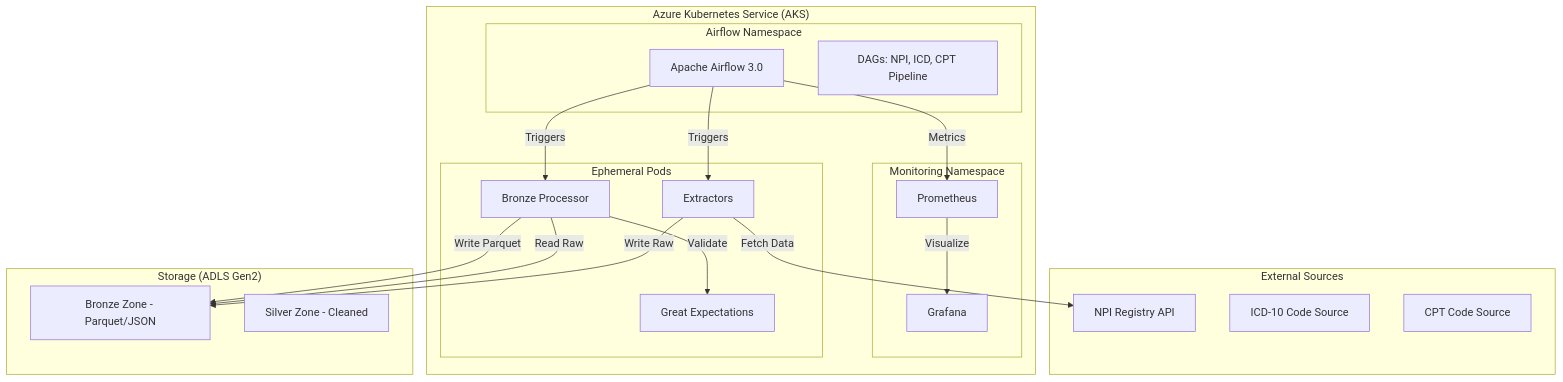
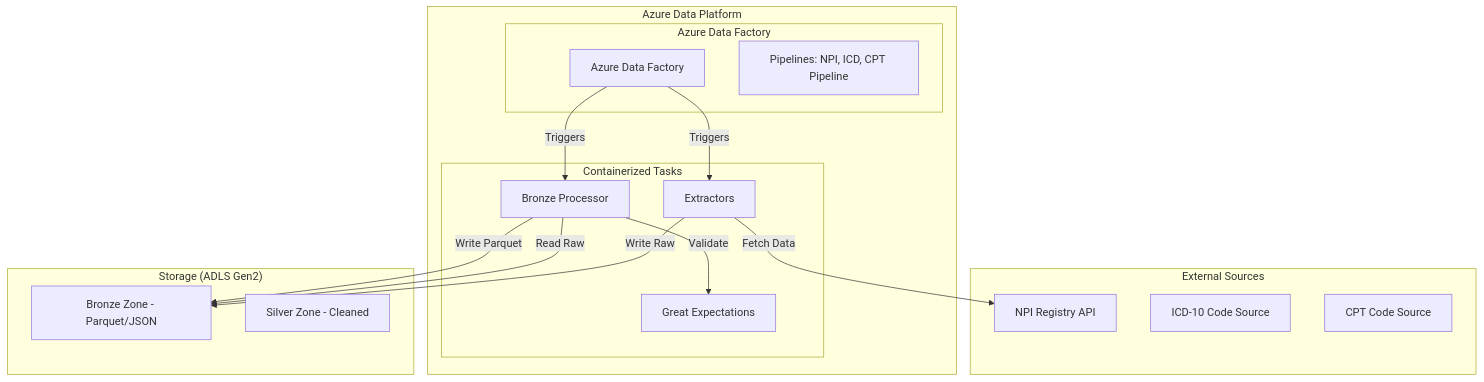
Before and after one commit to rohanvitrouthu/healthcare-rcm-serverless: the diagram in docs/ARCHITECTURE.md, drawn with Mermaid. The commit also changed other lines of this file and 21 other files, not shown here.

````diff
--- a/docs/ARCHITECTURE.md
+++ b/docs/ARCHITECTURE.md
@@ -7,42 +7,35 @@
 ```mermaid
 graph TD
     subgraph "External Sources"
         NPI[NPI Registry API]
         ICD[ICD-10 Code Source]
         CPT[CPT Code Source]
     end
 
-    subgraph "Azure Kubernetes Service (AKS)"
-        subgraph "Airflow Namespace"
-            AF[Apache Airflow 3.0]
-            DAGs[DAGs: NPI, ICD, CPT Pipeline]
-        end
-        
-        subgraph "Monitoring Namespace"
-            PROM[Prometheus]
-            GRAF[Grafana]
+    subgraph "Azure Data Platform"
+        subgraph "Azure Data Factory"
+            ADF[Azure Data Factory]
+            PIPELINES[Pipelines: NPI, ICD, CPT Pipeline]
         end
 
-        subgraph "Ephemeral Pods"
+        subgraph "Containerized Tasks"
             EXT[Extractors]
             PROC[Bronze Processor]
             DQ[Great Expectations]
         end
     end
 
     subgraph "Storage (ADLS Gen2)"
         BRONZE[Bronze Zone - Parquet/JSON]
         SILVER[Silver Zone - Cleaned]
     end
 
-    AF -->|Triggers| EXT
+    ADF -->|Triggers| EXT
     EXT -->|Fetch Data| NPI
     EXT -->|Write Raw| BRONZE
-    AF -->|Triggers| PROC
+    ADF -->|Triggers| PROC
     PROC -->|Read Raw| BRONZE
     PROC -->|Validate| DQ
     PROC -->|Write Parquet| BRONZE
     
-    AF -->|Metrics| PROM
-    PROM -->|Visualize| GRAF
 ```
````
